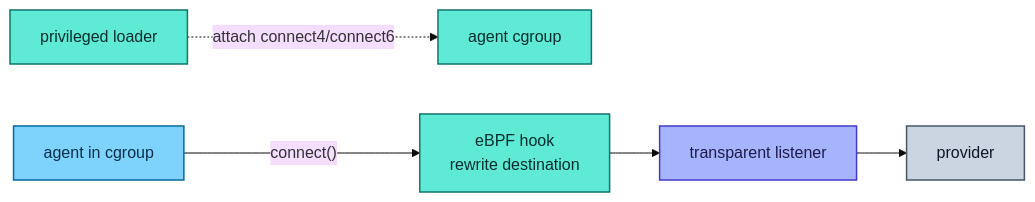
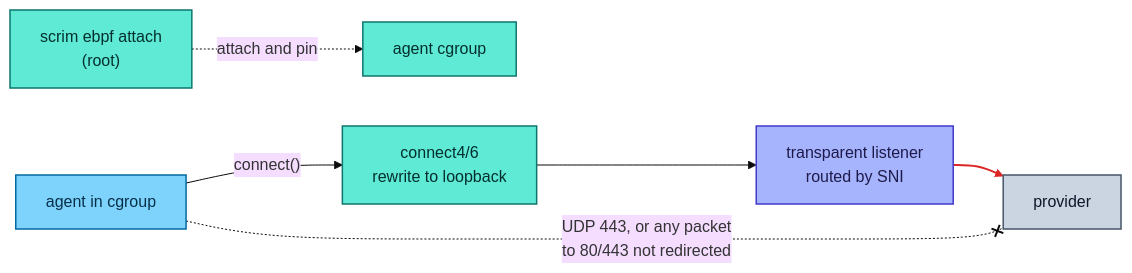
One commit to Heliopsy/scrim changed the fourth of 9 diagrams in docs/interception.md. Above: the diagram before and after it, drawn with Mermaid (base theme). The commit also changed other lines of this file and 45 other files, not shown here.

First line of the commit message:
feat(interception): eBPF cgroup transparent mode with a privileged loader

````diff
--- a/docs/interception.md
+++ b/docs/interception.md
@@ -406,14 +415,16 @@
 ```mermaid
 flowchart LR
-  loader["privileged loader"] -. "attach connect4/connect6" .-> cg["agent cgroup"]
-  agent["agent in cgroup"] -- "connect()" --> hook["eBPF hook<br>rewrite destination"]
-  hook --> tl["transparent listener"] --> prov["provider"]
+  loader["scrim ebpf attach<br>(root)"] -. "attach and pin" .-> cg["agent cgroup"]
+  agent["agent in cgroup"] -- "connect()" --> hook["connect4/6<br>rewrite to loopback"]
+  hook --> tl["transparent listener<br>routed by SNI"] --> prov["provider"]
+  agent -. "UDP 443, or any packet<br>to 80/443 not redirected" .-x prov
   classDef agent fill:#7dd3fc,stroke:#0369a1,stroke-width:1.5px,color:#082f49
   classDef dplane fill:#a5b4fc,stroke:#4338ca,stroke-width:1.5px,color:#1e1b4b
   classDef ext fill:#cbd5e1,stroke:#475569,stroke-width:1.5px,color:#0f172a
   classDef enforce fill:#5eead4,stroke:#0f766e,stroke-width:1.5px,color:#042f2e
   class loader,cg,hook enforce
   class agent agent
   class tl dplane
   class prov ext
+  linkStyle 3 stroke:#dc2626,stroke-width:2px
 ```
````
